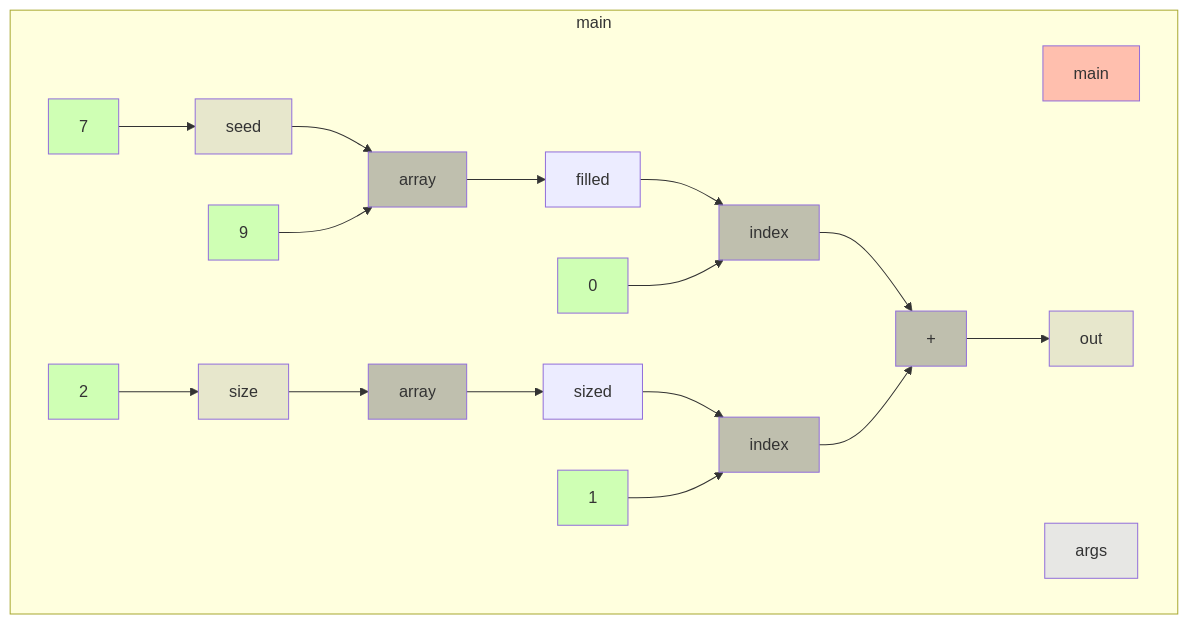
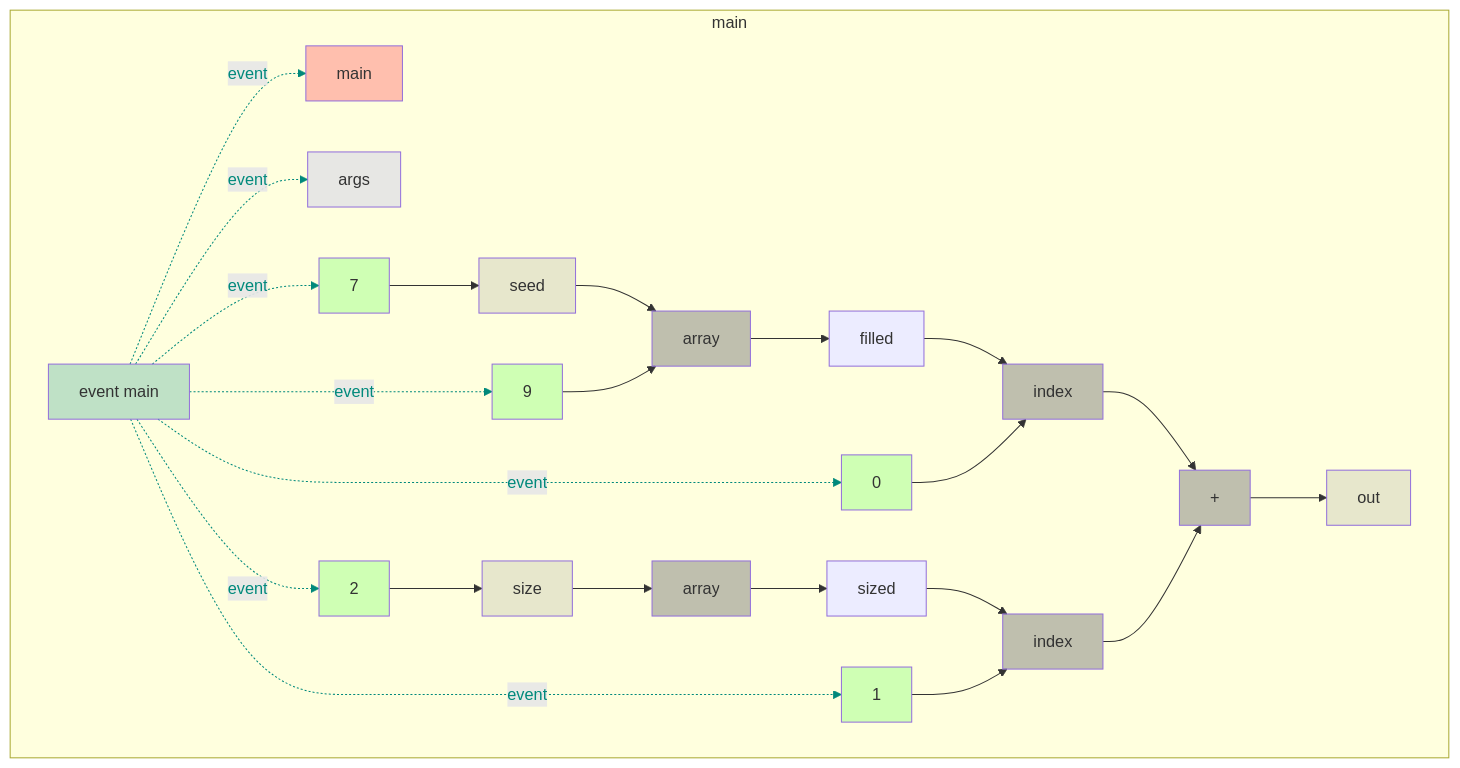
One commit to gstiebler/codeflow changed the diagram in app/src/test/resources/arrayCreation/snapshot.md. Above: the diagram before and after it, drawn with Mermaid. The commit also changed 77 other files, not shown here.

````diff
--- a/app/src/test/resources/arrayCreation/snapshot.md
+++ b/app/src/test/resources/arrayCreation/snapshot.md
@@ -1,43 +1,59 @@
 ```mermaid
 flowchart TD
   subgraph b0["main"]
-    n1[main]:::RETURN
-    n2[args]:::FUNC_PARAM
-    n3[2]:::LITERAL
-    n4[size]:::VARIABLE
-    n5[array]:::BIN_OP
-    n6[sized]:::OBJ_VARIABLE
-    n7[7]:::LITERAL
-    n8[seed]:::VARIABLE
-    n9[9]:::LITERAL
-    n10[array]:::BIN_OP
-    n11[filled]:::OBJ_VARIABLE
-    n12[0]:::LITERAL
-    n13[index]:::BIN_OP
-    n14[1]:::LITERAL
-    n15[index]:::BIN_OP
-    n16[+]:::BIN_OP
-    n17[out]:::VARIABLE
-    n3[2]:::LITERAL --> n4[size]:::VARIABLE
-    n4[size]:::VARIABLE --> n5[array]:::BIN_OP
-    n5[array]:::BIN_OP --> n6[sized]:::OBJ_VARIABLE
-    n6[sized]:::OBJ_VARIABLE --> n15[index]:::BIN_OP
-    n7[7]:::LITERAL --> n8[seed]:::VARIABLE
-    n8[seed]:::VARIABLE --> n10[array]:::BIN_OP
-    n9[9]:::LITERAL --> n10[array]:::BIN_OP
-    n10[array]:::BIN_OP --> n11[filled]:::OBJ_VARIABLE
-    n11[filled]:::OBJ_VARIABLE --> n13[index]:::BIN_OP
-    n12[0]:::LITERAL --> n13[index]:::BIN_OP
-    n13[index]:::BIN_OP --> n16[+]:::BIN_OP
-    n14[1]:::LITERAL --> n15[index]:::BIN_OP
-    n15[index]:::BIN_OP --> n16[+]:::BIN_OP
-    n16[+]:::BIN_OP --> n17[out]:::VARIABLE
+    n1[event main]:::EVENT
+    n2[main]:::RETURN
+    n3[args]:::FUNC_PARAM
+    n4[2]:::LITERAL
+    n5[size]:::VARIABLE
+    n6[array]:::BIN_OP
+    n7[sized]:::OBJ_VARIABLE
+    n8[7]:::LITERAL
+    n9[seed]:::VARIABLE
+    n10[9]:::LITERAL
+    n11[array]:::BIN_OP
+    n12[filled]:::OBJ_VARIABLE
+    n13[0]:::LITERAL
+    n14[index]:::BIN_OP
+    n15[1]:::LITERAL
+    n16[index]:::BIN_OP
+    n17[+]:::BIN_OP
+    n18[out]:::VARIABLE
+    n1[event main]:::EVENT -. event .-> n2[main]:::RETURN
+    n1[event main]:::EVENT -. event .-> n3[args]:::FUNC_PARAM
+    n1[event main]:::EVENT -. event .-> n4[2]:::LITERAL
+    n1[event main]:::EVENT -. event .-> n8[7]:::LITERAL
+    n1[event main]:::EVENT -. event .-> n10[9]:::LITERAL
+    n1[event main]:::EVENT -. event .-> n13[0]:::LITERAL
+    n1[event main]:::EVENT -. event .-> n15[1]:::LITERAL
+    n4[2]:::LITERAL --> n5[size]:::VARIABLE
+    n5[size]:::VARIABLE --> n6[array]:::BIN_OP
+    n6[array]:::BIN_OP --> n7[sized]:::OBJ_VARIABLE
+    n7[sized]:::OBJ_VARIABLE --> n16[index]:::BIN_OP
+    n8[7]:::LITERAL --> n9[seed]:::VARIABLE
+    n9[seed]:::VARIABLE --> n11[array]:::BIN_OP
+    n10[9]:::LITERAL --> n11[array]:::BIN_OP
+    n11[array]:::BIN_OP --> n12[filled]:::OBJ_VARIABLE
+    n12[filled]:::OBJ_VARIABLE --> n14[index]:::BIN_OP
+    n13[0]:::LITERAL --> n14[index]:::BIN_OP
+    n14[index]:::BIN_OP --> n17[+]:::BIN_OP
+    n15[1]:::LITERAL --> n16[index]:::BIN_OP
+    n16[index]:::BIN_OP --> n17[+]:::BIN_OP
+    n17[+]:::BIN_OP --> n18[out]:::VARIABLE
   end
+  linkStyle 0 stroke:#00897b,color:#00897b
+  linkStyle 1 stroke:#00897b,color:#00897b
+  linkStyle 2 stroke:#00897b,color:#00897b
+  linkStyle 3 stroke:#00897b,color:#00897b
+  linkStyle 4 stroke:#00897b,color:#00897b
+  linkStyle 5 stroke:#00897b,color:#00897b
+  linkStyle 6 stroke:#00897b,color:#00897b
   classDef LITERAL fill:#00FF0030
   classDef VARIABLE fill:#80808030
   classDef BIN_OP fill:#80808080
   classDef FUNC_PARAM fill:#8080FF30
   classDef RETURN fill:#FF808080
   classDef EXTERNAL fill:#FFA50040
   classDef UNMODELLED fill:#FF000030,stroke-dasharray: 4 2
+  classDef EVENT fill:#00897B40
 ```
````
